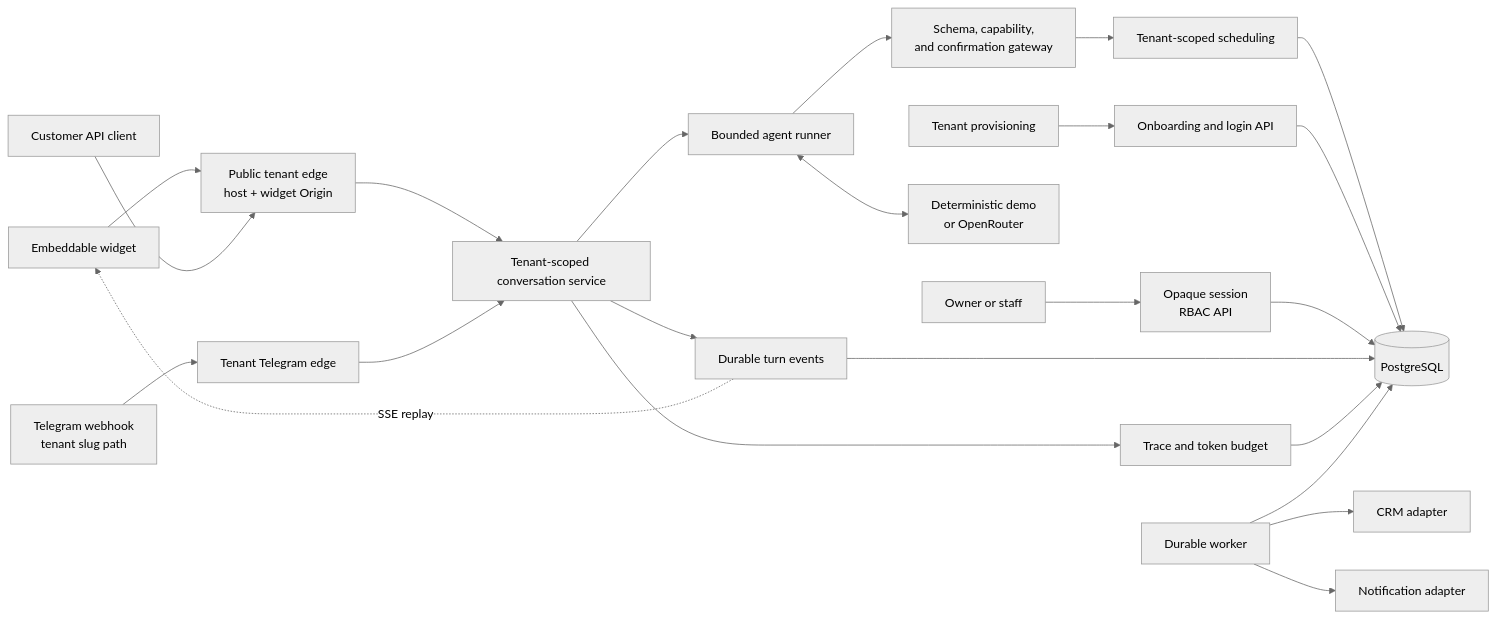
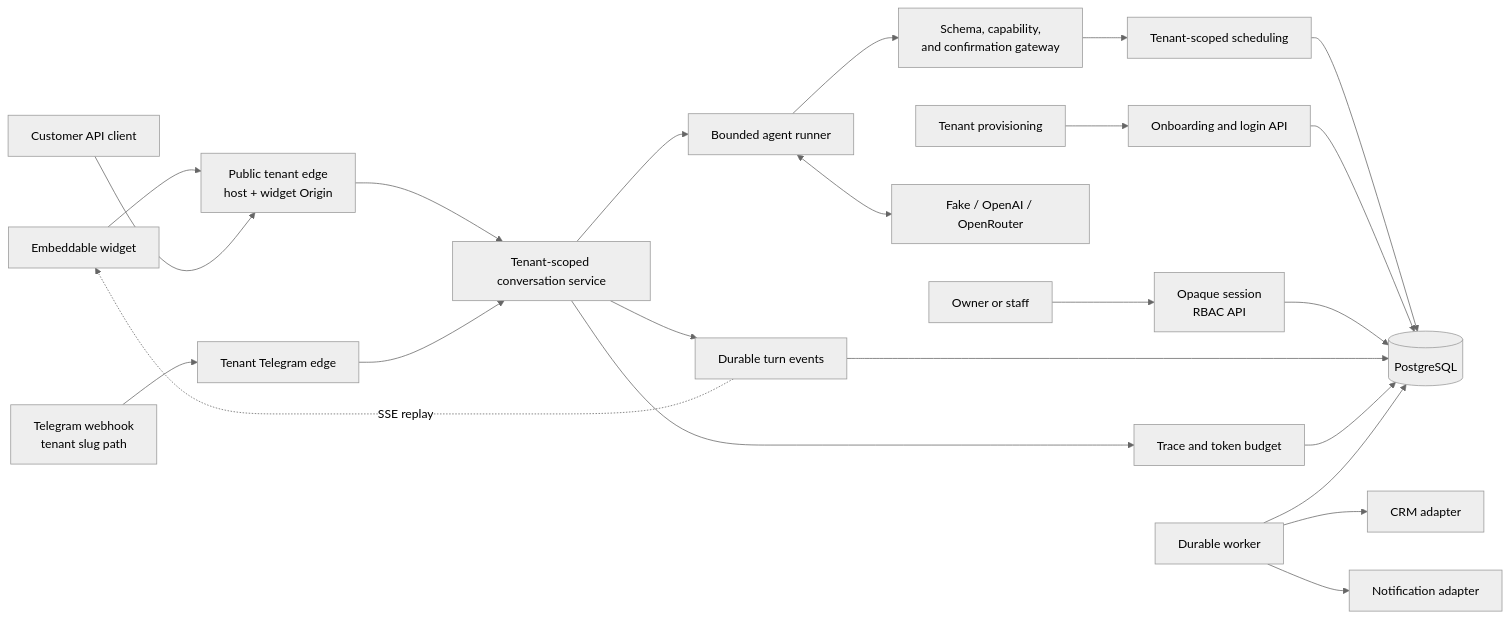
The diagram in README.md (reinh2/Kontor), drawn with Mermaid (neutral theme) before and after one commit. The commit also changed other lines of this file and 3 other files, not shown here.

````diff
--- a/README.md
+++ b/README.md
@@ -126,25 +62,25 @@
 ```mermaid
 flowchart LR
     Widget["Embeddable widget"] --> Public["Public tenant edge<br/>host + widget Origin"]
     Customer["Customer API client"] --> Public
     Telegram["Telegram webhook<br/>tenant slug path"] --> TelegramEdge["Tenant Telegram edge"]
     Provisioning["Tenant provisioning"] --> Onboarding["Onboarding and login API"]
     Operator["Owner or staff"] --> Session["Opaque session<br/>RBAC API"]
     Public --> Runtime["Tenant-scoped conversation service"]
     TelegramEdge --> Runtime
     Runtime --> Runner["Bounded agent runner"]
-    Runner <--> Model["Deterministic demo<br/>or OpenRouter"]
+    Runner <--> Model["Fake / OpenAI / OpenRouter"]
     Runner --> Gateway["Schema, capability,<br/>and confirmation gateway"]
     Gateway --> Schedule["Tenant-scoped scheduling"]
     Schedule --> DB[(PostgreSQL)]
     Onboarding --> DB
     Session --> DB
     Runtime --> Events["Durable turn events"]
     Events --> DB
     Events -. SSE replay .-> Widget
     Runtime --> Trace["Trace and token budget"]
     Trace --> DB
     Worker["Durable worker"] --> DB
     Worker --> CRM["CRM adapter"]
     Worker --> Notify["Notification adapter"]
 ```
````
